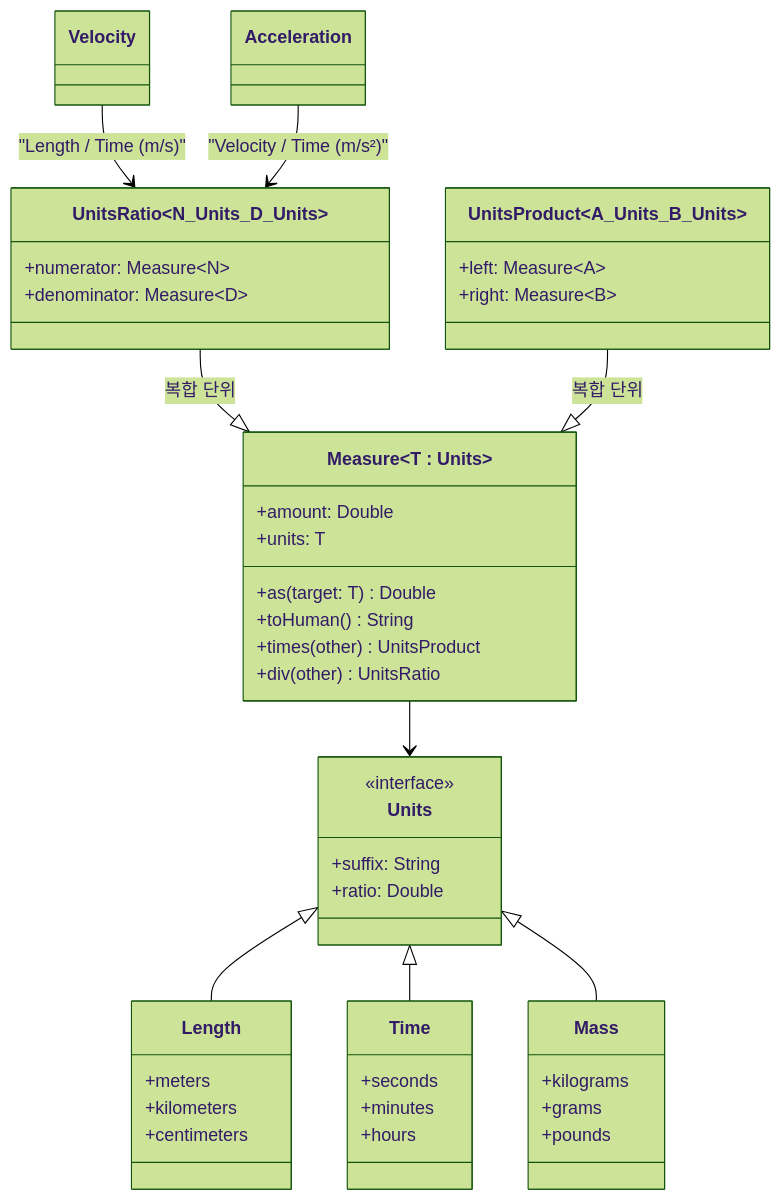
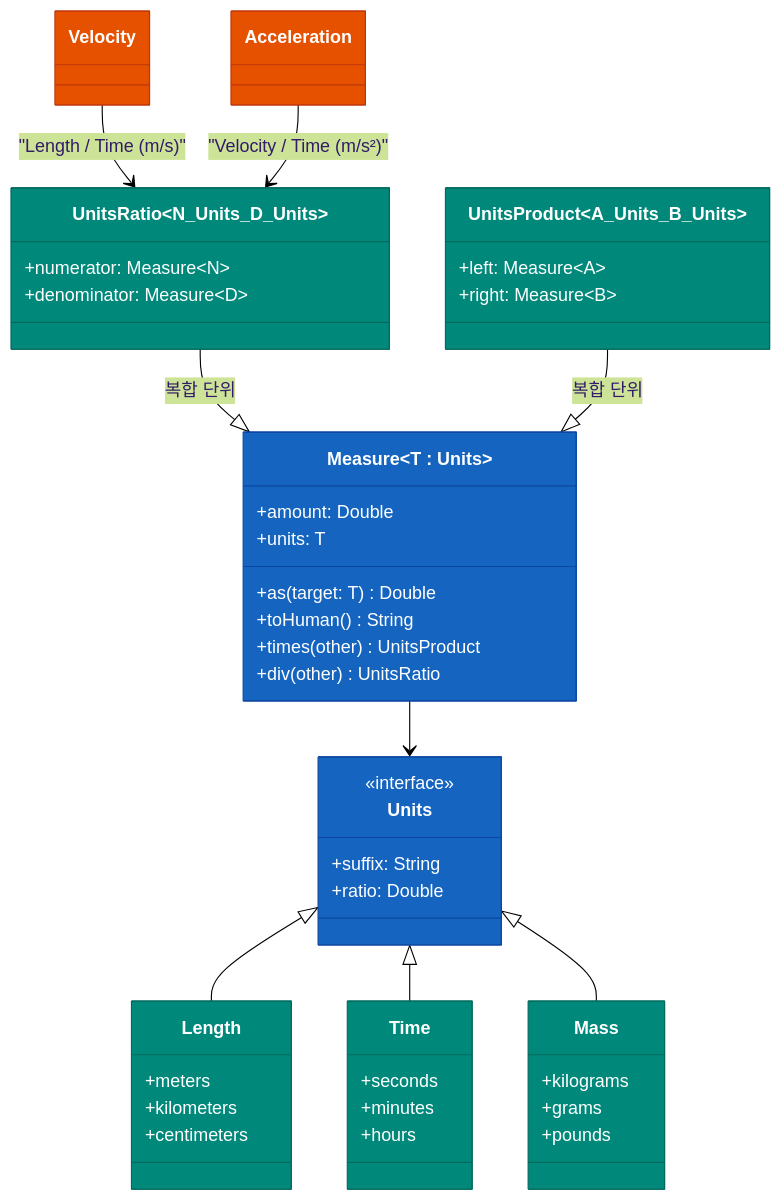
One commit to bluetape4k/bluetape4k-projects changed the first of 2 diagrams in utils/measured/README.ko.md. Above: the diagram before and after it, drawn with Mermaid (forest theme). The commit also changed other lines of this file and 221 other files, not shown here.

First line of the commit message:
docs: 전체 모듈 README UML 다이어그램 보강 및 색상 업그레이드

````diff
--- a/utils/measured/README.ko.md
+++ b/utils/measured/README.ko.md
@@ -53,59 +53,67 @@
 ```mermaid
 classDiagram
     class Units {
         <<interface>>
         +suffix: String
         +ratio: Double
     }
 
     class Measure~T : Units~ {
         +amount: Double
         +units: T
         +as(target: T) Double
         +toHuman() String
         +times(other) UnitsProduct
         +div(other) UnitsRatio
     }
 
     class UnitsProduct~A_Units_B_Units~ {
         +left: Measure~A~
         +right: Measure~B~
     }
 
     class UnitsRatio~N_Units_D_Units~ {
         +numerator: Measure~N~
         +denominator: Measure~D~
     }
 
     class Length {
         +meters
         +kilometers
         +centimeters
     }
 
     class Time {
         +seconds
         +minutes
         +hours
     }
 
     class Mass {
         +kilograms
         +grams
         +pounds
     }
 
     class Velocity
     class Acceleration
 
     Units <|-- Length
     Units <|-- Time
     Units <|-- Mass
     Measure --> Units
     UnitsRatio --|> Measure : 복합 단위
     UnitsProduct --|> Measure : 복합 단위
     Velocity --> UnitsRatio : "Length / Time (m/s)"
     Acceleration --> UnitsRatio : "Velocity / Time (m/s²)"
 
-
+    style Units fill:#1565C0,stroke:#0D47A1,color:#FFFFFF
+    style Measure fill:#1565C0,stroke:#0D47A1,color:#FFFFFF
+    style UnitsProduct fill:#00897B,stroke:#00695C,color:#FFFFFF
+    style UnitsRatio fill:#00897B,stroke:#00695C,color:#FFFFFF
+    style Length fill:#00897B,stroke:#00695C,color:#FFFFFF
+    style Time fill:#00897B,stroke:#00695C,color:#FFFFFF
+    style Mass fill:#00897B,stroke:#00695C,color:#FFFFFF
+    style Velocity fill:#E65100,stroke:#BF360C,color:#FFFFFF
+    style Acceleration fill:#E65100,stroke:#BF360C,color:#FFFFFF
 ```
````
